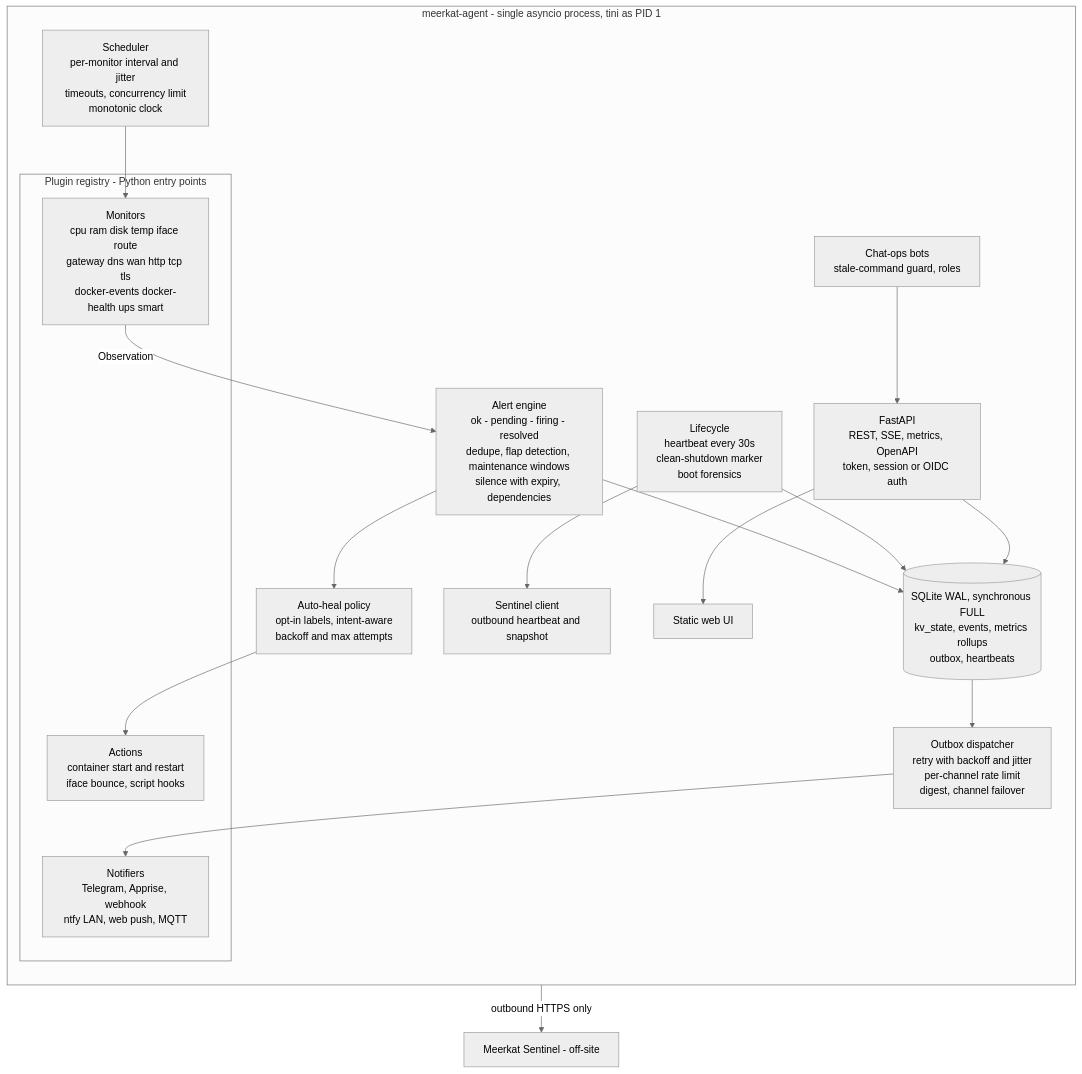
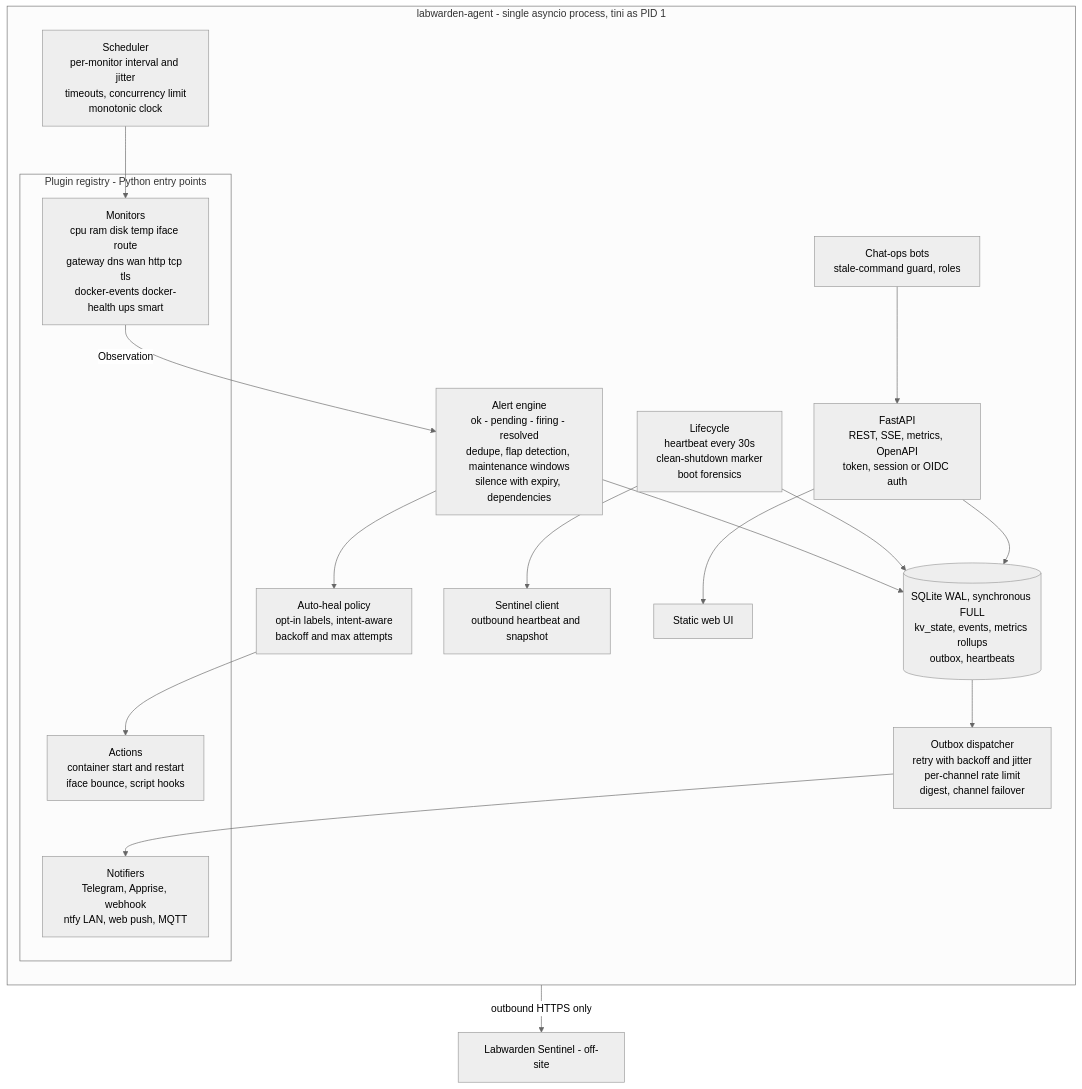
One commit to Xrg360/Sheltie changed the second of 6 diagrams in docs/ARCHITECTURE.md. Above: the diagram before and after it, drawn with Mermaid (neutral theme). The commit also changed other lines of this file and 11 other files, not shown here.

````diff
--- a/docs/ARCHITECTURE.md
+++ b/docs/ARCHITECTURE.md
@@ -63,25 +63,25 @@
 ```mermaid
 flowchart TB
-  subgraph Agent["meerkat-agent - single asyncio process, tini as PID 1"]
+  subgraph Agent["labwarden-agent - single asyncio process, tini as PID 1"]
     direction TB
     SCHED["Scheduler<br/>per-monitor interval and jitter<br/>timeouts, concurrency limit<br/>monotonic clock"]
     subgraph Plugins["Plugin registry - Python entry points"]
       MON["Monitors<br/>cpu ram disk temp iface route<br/>gateway dns wan http tcp tls<br/>docker-events docker-health ups smart"]
       ACT["Actions<br/>container start and restart<br/>iface bounce, script hooks"]
       NOTI["Notifiers<br/>Telegram, Apprise, webhook<br/>ntfy LAN, web push, MQTT"]
     end
     SCHED --> MON
     MON -->|Observation| ENG["Alert engine<br/>ok - pending - firing - resolved<br/>dedupe, flap detection, maintenance windows<br/>silence with expiry, dependencies"]
     ENG --> DB[("SQLite WAL, synchronous FULL<br/>kv_state, events, metrics rollups<br/>outbox, heartbeats")]
     ENG --> HEALER["Auto-heal policy<br/>opt-in labels, intent-aware<br/>backoff and max attempts"]
     HEALER --> ACT
     DB --> DISP["Outbox dispatcher<br/>retry with backoff and jitter<br/>per-channel rate limit<br/>digest, channel failover"]
     DISP --> NOTI
     LIFE["Lifecycle<br/>heartbeat every 30s<br/>clean-shutdown marker<br/>boot forensics"] --> DB
     LIFE --> SCLIENT["Sentinel client<br/>outbound heartbeat and snapshot"]
     API["FastAPI<br/>REST, SSE, metrics, OpenAPI<br/>token, session or OIDC auth"] --> DB
     API --> UI["Static web UI"]
     CHAT["Chat-ops bots<br/>stale-command guard, roles"] --> API
   end
-  SCLIENT -->|outbound HTTPS only| SENTINEL["Meerkat Sentinel - off-site"]
+  SCLIENT -->|outbound HTTPS only| SENTINEL["Labwarden Sentinel - off-site"]
 ```
````
